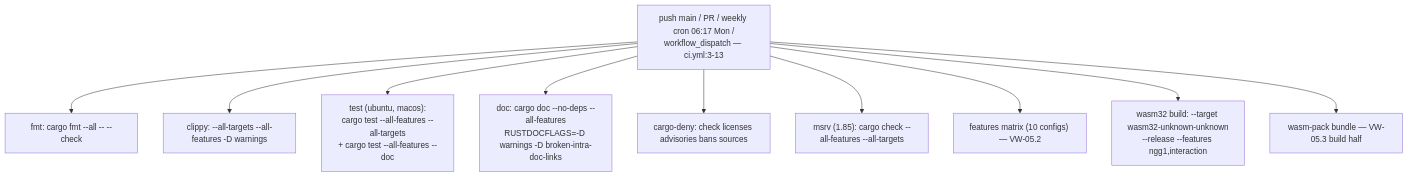
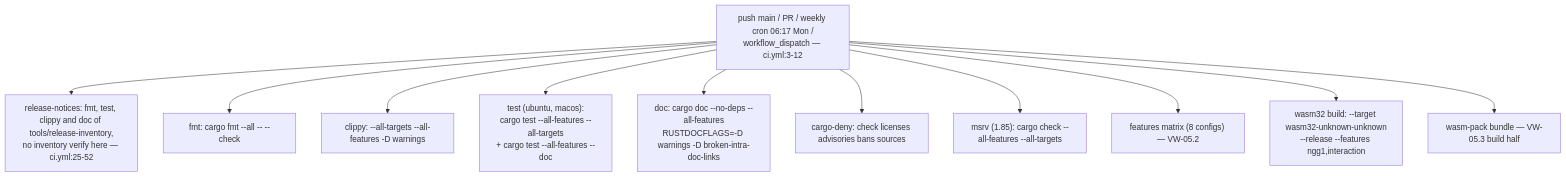
The first of 6 diagrams in docs/diagrams/vowl-wasm/05-build-test-bench-and-publish.md (DreamLab-AI/VisionFlow), drawn with Mermaid before and after one commit. The commit also changed other lines of this file and 160 other files, not shown here.

````diff
--- a/docs/diagrams/vowl-wasm/05-build-test-bench-and-publish.md
+++ b/docs/diagrams/vowl-wasm/05-build-test-bench-and-publish.md
@@ -20,12 +26,13 @@
 ```mermaid
 flowchart TB
-    TRIG["push main / PR / weekly cron 06:17 Mon /<br/>workflow_dispatch — ci.yml:3-13"] --> FMT["fmt: cargo fmt --all -- --check"]
+    TRIG["push main / PR / weekly cron 06:17 Mon /<br/>workflow_dispatch — ci.yml:3-12"] --> RN["release-notices: fmt, test, clippy and doc of tools/release-inventory,<br/>no inventory verify here — ci.yml:25-52"]
+    TRIG --> FMT["fmt: cargo fmt --all -- --check"]
     TRIG --> CLIPPY["clippy: --all-targets --all-features -D warnings"]
     TRIG --> TEST["test (ubuntu, macos):<br/>cargo test --all-features --all-targets<br/>+ cargo test --all-features --doc"]
     TRIG --> DOC["doc: cargo doc --no-deps --all-features<br/>RUSTDOCFLAGS=-D warnings -D broken-intra-doc-links"]
     TRIG --> DENY["cargo-deny: check licenses advisories bans sources"]
     TRIG --> MSRV["msrv (1.85): cargo check --all-features --all-targets"]
-    TRIG --> FEAT["features matrix (10 configs) — VW-05.2"]
+    TRIG --> FEAT["features matrix (8 configs) — VW-05.2"]
     TRIG --> W32["wasm32 build: --target wasm32-unknown-unknown<br/>--release --features ngg1,interaction"]
     TRIG --> WPACK["wasm-pack bundle — VW-05.3 build half"]
 ```
````
